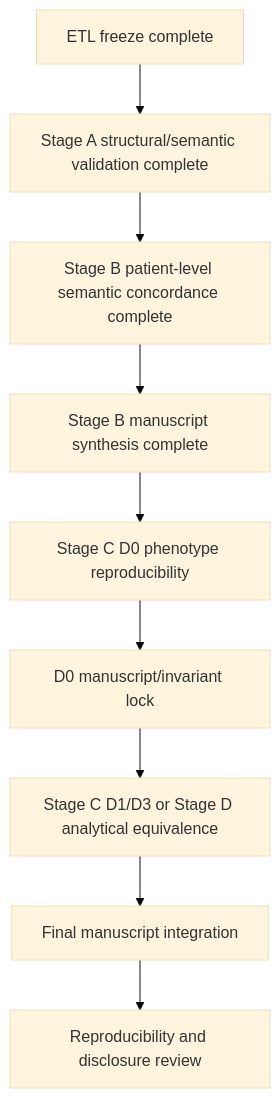
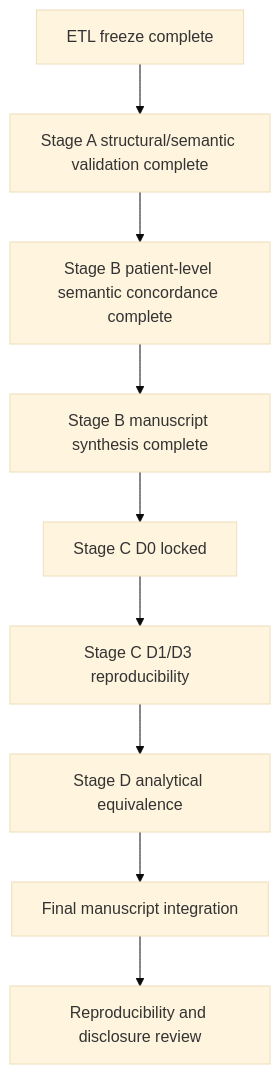
The second of 2 diagrams in docs/current_status_and_publication_plan.md (vafaei-ar/pcornet-omop-validation), drawn with Mermaid (base theme) before and after one commit. The commit also changed other lines of this file, not shown here.

Commit message:
Update Stage C D1/D3 execution status

````diff
--- a/docs/current_status_and_publication_plan.md
+++ b/docs/current_status_and_publication_plan.md
@@ -105,11 +94,11 @@
 ```mermaid
 flowchart TD
     A[ETL freeze complete] --> B[Stage A structural/semantic validation complete]
     B --> C[Stage B patient-level semantic concordance complete]
     C --> D[Stage B manuscript synthesis complete]
-    D --> E[Stage C D0 phenotype reproducibility]
-    E --> F[D0 manuscript/invariant lock]
-    F --> G[Stage C D1/D3 or Stage D analytical equivalence]
+    D --> E[Stage C D0 locked]
+    E --> F[Stage C D1/D3 reproducibility]
+    F --> G[Stage D analytical equivalence]
     G --> H[Final manuscript integration]
     H --> I[Reproducibility and disclosure review]
 ```
````
